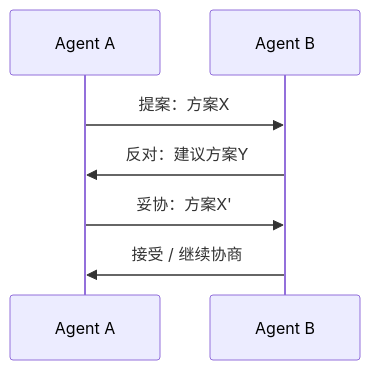
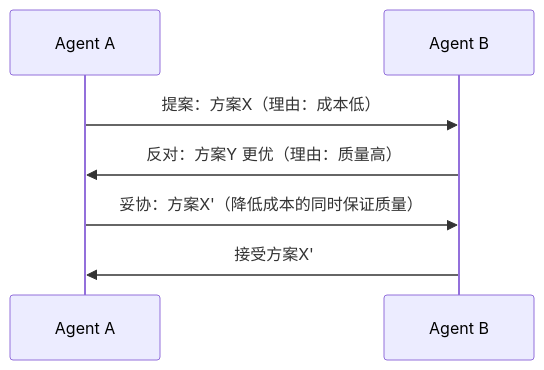
The second of 2 diagrams in docs/05-多Agent协作/03-冲突解决.md (dilboy/agent-programming-wiki), drawn with Mermaid before and after one commit. The commit also changed other lines of this file and 3 other files, not shown here.

````diff
--- a/docs/05-多Agent协作/03-冲突解决.md
+++ b/docs/05-多Agent协作/03-冲突解决.md
@@ -74,10 +175,10 @@
 ```mermaid
 sequenceDiagram
     participant A as Agent A
     participant B as Agent B
-    
-    A->>B: 提案：方案X
-    B->>A: 反对：建议方案Y
-    A->>B: 妥协：方案X'
-    B->>A: 接受 / 继续协商
+
+    A->>B: 提案：方案X（理由：成本低）
+    B->>A: 反对：方案Y 更优（理由：质量高）
+    A->>B: 妥协：方案X'（降低成本的同时保证质量）
+    B->>A: 接受方案X'
 ```
````
